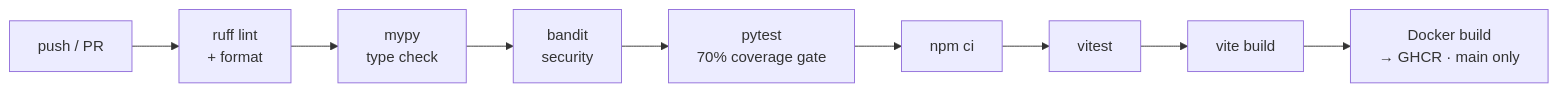
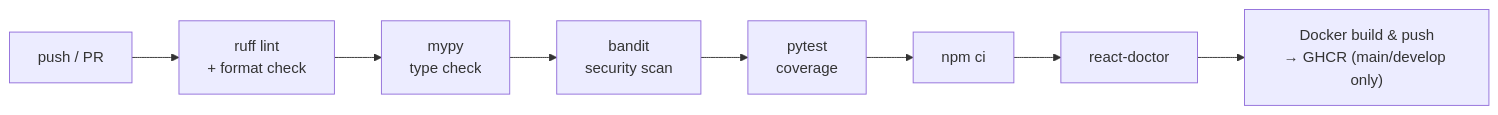
Before and after one commit to AnasBabari/stock-predictor-lstm: the fourth of 4 diagrams in README.md, drawn with Mermaid. The commit also changed other lines of this file and 8 other files, not shown here.

````diff
--- a/README.md
+++ b/README.md
@@ -100,11 +163,10 @@
 ```mermaid
 graph LR
-    PR["push / PR"] --> B1["ruff lint\n+ format"]
+    PR["push / PR"] --> B1["ruff lint\n+ format check"]
     B1 --> B2["mypy\ntype check"]
-    B2 --> B3["bandit\nsecurity"]
-    B3 --> B4["pytest\n70% coverage gate"]
+    B2 --> B3["bandit\nsecurity scan"]
+    B3 --> B4["pytest\ncoverage"]
     B4 --> F1["npm ci"]
-    F1 --> F2["vitest"]
-    F2 --> F3["vite build"]
-    F3 --> D["Docker build\n→ GHCR  ·  main only"]
+    F1 --> F2["react-doctor"]
+    F2 --> D["Docker build & push\n→ GHCR (main/develop only)"]
 ```
````
